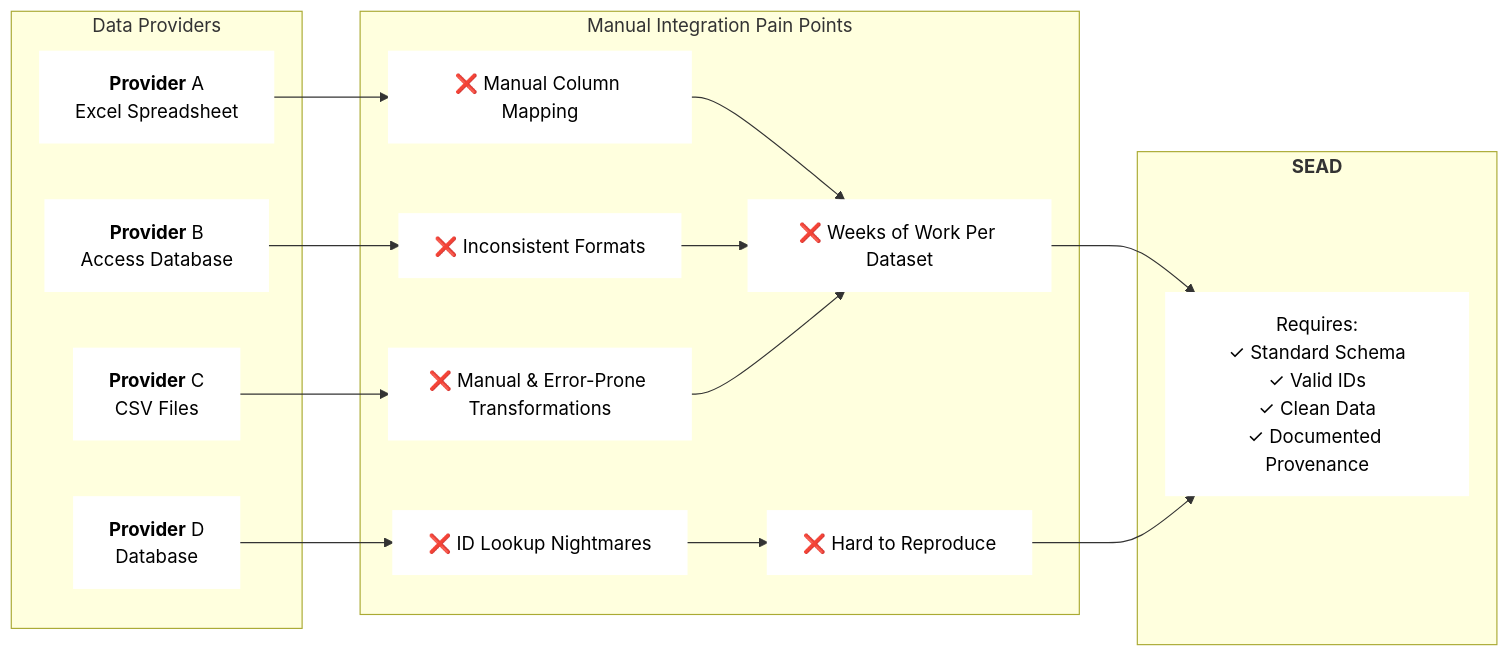
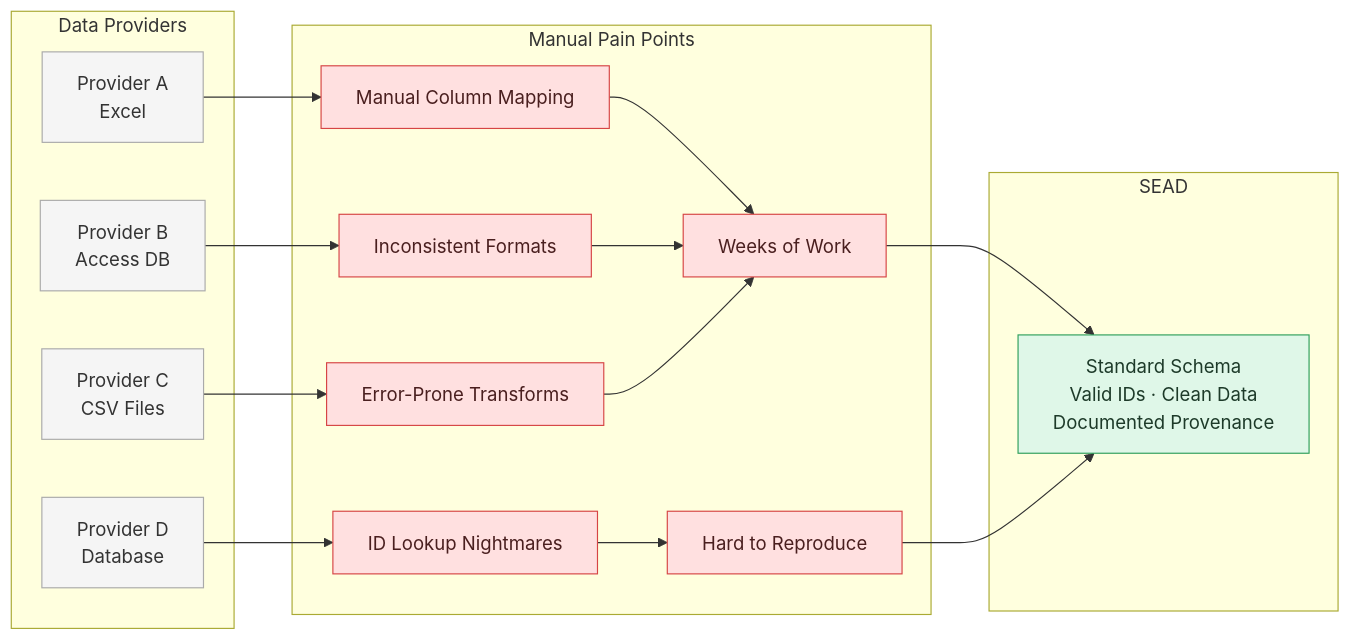
Before and after one commit to humlab-sead/sead_shape_shifter: the first of 26 diagrams in docs/DIAGRAMS.md, drawn with Mermaid. The commit also changed other lines of this file and 2 other files, not shown here.

````diff
--- a/docs/DIAGRAMS.md
+++ b/docs/DIAGRAMS.md
@@ -9,48 +9,41 @@
 ```mermaid
 flowchart LR
     subgraph "Data Providers"
-        P1[<b>Provider</b> A<br/>Excel Spreadsheet]
-        P2[<b>Provider</b> B<br/>Access Database]
-        P3[<b>Provider</b> C<br/>CSV Files]
-        P4[<b>Provider</b> D<br/>Database]
+        P1[Provider A<br/>Excel]
+        P2[Provider B<br/>Access DB]
+        P3[Provider C<br/>CSV Files]
+        P4[Provider D<br/>Database]
     end
-    
-    subgraph "Manual Integration Pain Points"
-        M1[❌ Manual Column Mapping]
-        M2[❌ Inconsistent Formats]
-        M3[❌ Manual & Error-Prone Transformations]
-        M4[❌ ID Lookup Nightmares]
-        M5[❌ Weeks of Work Per Dataset]
-        M6[❌ Hard to Reproduce]
+
+    subgraph "Manual Pain Points"
+        M1[Manual Column Mapping]
+        M2[Inconsistent Formats]
+        M3[Error-Prone Transforms]
+        M4[ID Lookup Nightmares]
+        M5[Weeks of Work]
+        M6[Hard to Reproduce]
     end
-    
-    subgraph "<b>SEAD</b>"
-        S[Requires:<br/>✓ Standard Schema<br/>✓ Valid IDs<br/>✓ Clean Data<br/>✓ Documented Provenance]
+
+    subgraph "SEAD"
+        S[Standard Schema<br/>Valid IDs · Clean Data<br/>Documented Provenance]
     end
-    
+
     P1 --> M1
     P2 --> M2
     P3 --> M3
     P4 --> M4
     M1 --> M5
     M2 --> M5
     M3 --> M5
     M4 --> M6
     M5 --> S
     M6 --> S
 
-    style P1 fill:#ffffff,color:#000000,stroke:#ffffff,stroke-width:2px
-    style P2 fill:#ffffff,color:#000000,stroke:#ffffff,stroke-width:2px
-    style P3 fill:#ffffff,color:#000000,stroke:#ffffff,stroke-width:2px
-    style P4 fill:#ffffff,color:#000000,stroke:#ffffff,stroke-width:2px
-    
-    style M1 fill:#ffffff,color:#000000,stroke:#ffffff,stroke-width:2px
-    style M2 fill:#ffffff,color:#000000,stroke:#ffffff,stroke-width:2px
-    style M3 fill:#ffffff,color:#000000,stroke:#ffffff,stroke-width:2px
-    style M4 fill:#ffffff,color:#000000,stroke:#ffffff,stroke-width:2px
-    style M5 fill:#ffffff,color:#000000,stroke:#ffffff,stroke-width:2px
-    style M6 fill:#ffffff,color:#000000,stroke:#ffffff,stroke-width:2px
+    classDef provider fill:#f5f5f5,stroke:#aaa,color:#333;
+    classDef pain fill:#ffe0e0,stroke:#d64545,color:#4a1f1f;
+    classDef goal fill:#dff7e8,stroke:#2e9f5b,color:#1d3a29;
 
-    style S fill:#ffffff,color:#000000,stroke:#ffffff,stroke-width:2px
-
+    class P1,P2,P3,P4 provider;
+    class M1,M2,M3,M4,M5,M6 pain;
+    class S goal;
 ```
````
